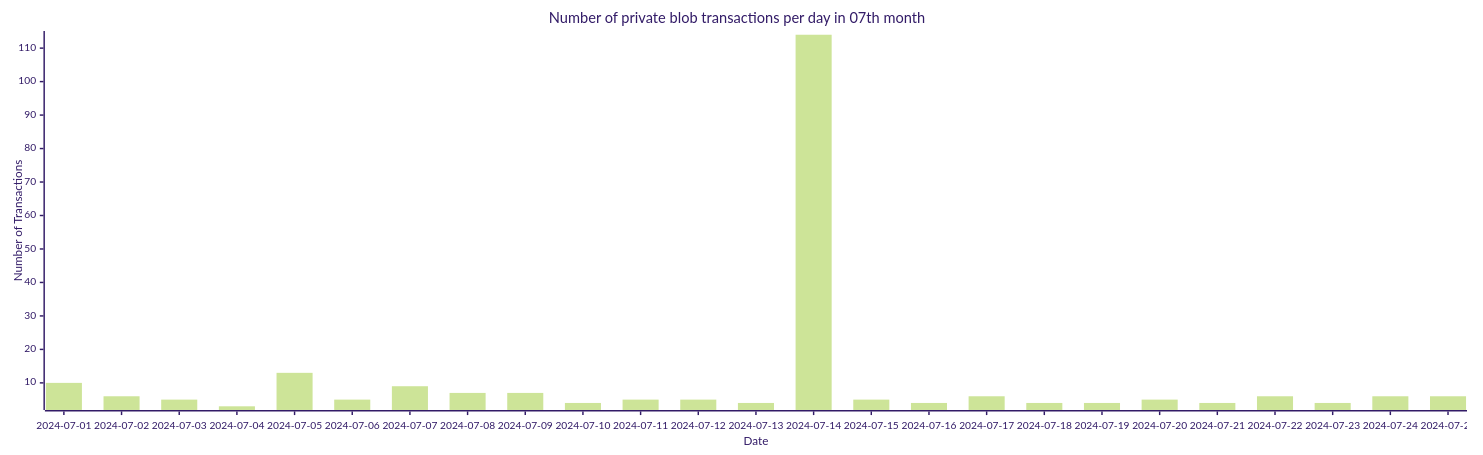
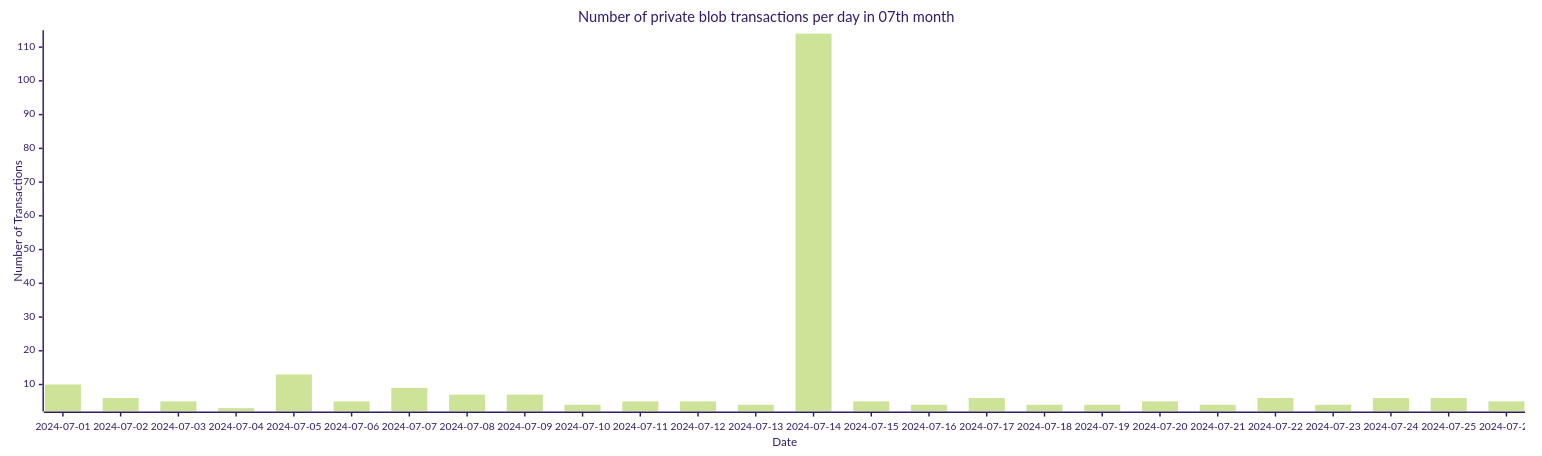
Before and after one commit to Amit0617/eip4844-data: the fifth of 5 diagrams in README.md, drawn with Mermaid (forest theme). The commit also changed 1 other file, not shown here.

````diff
--- a/README.md
+++ b/README.md
@@ -53,12 +53,12 @@
 ```mermaid
 ---
 config:
     xyChart:
-        width: 2000
+        width: 2080
         height: 600
 ---
 xychart-beta title "Number of private blob transactions per day in 07th month"
-x-axis "Date" [2024-07-01,2024-07-02,2024-07-03,2024-07-04,2024-07-05,2024-07-06,2024-07-07,2024-07-08,2024-07-09,2024-07-10,2024-07-11,2024-07-12,2024-07-13,2024-07-14,2024-07-15,2024-07-16,2024-07-17,2024-07-18,2024-07-19,2024-07-20,2024-07-21,2024-07-22,2024-07-23,2024-07-24,2024-07-25]
+x-axis "Date" [2024-07-01,2024-07-02,2024-07-03,2024-07-04,2024-07-05,2024-07-06,2024-07-07,2024-07-08,2024-07-09,2024-07-10,2024-07-11,2024-07-12,2024-07-13,2024-07-14,2024-07-15,2024-07-16,2024-07-17,2024-07-18,2024-07-19,2024-07-20,2024-07-21,2024-07-22,2024-07-23,2024-07-24,2024-07-25,2024-07-26]
 y-axis "Number of Transactions"
-bar[10,6,5,3,13,5,9,7,7,4,5,5,4,114,5,4,6,4,4,5,4,6,4,6,6]
+bar[10,6,5,3,13,5,9,7,7,4,5,5,4,114,5,4,6,4,4,5,4,6,4,6,6,5]
 ```
````
